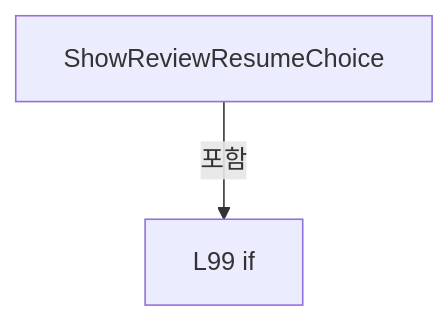
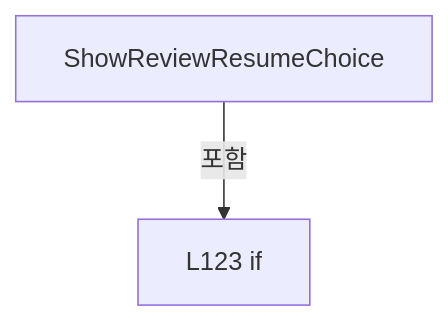
The second of 6 diagrams in A3 LD Code Ref/files/Drilling.UI/Popup/CRecipeConfirmDialog.xaml.cs.md (kjuws10-rgb/Shared), drawn with Mermaid before and after one commit. The commit also changed other lines of this file and 8055 other files, not shown here.

Commit message:
docs(a3): trace Stage Glass Data and refresh architecture and full code reference

````diff
--- a/A3 LD Code Ref/files/Drilling.UI/Popup/CRecipeConfirmDialog.xaml.cs.md
+++ b/A3 LD Code Ref/files/Drilling.UI/Popup/CRecipeConfirmDialog.xaml.cs.md
@@ -801,6 +901,6 @@
 ```mermaid
 flowchart TD
  M["ShowReviewResumeChoice"]
- N0["L99 if"]
+ N0["L123 if"]
  M -->|포함| N0
 ```
````
